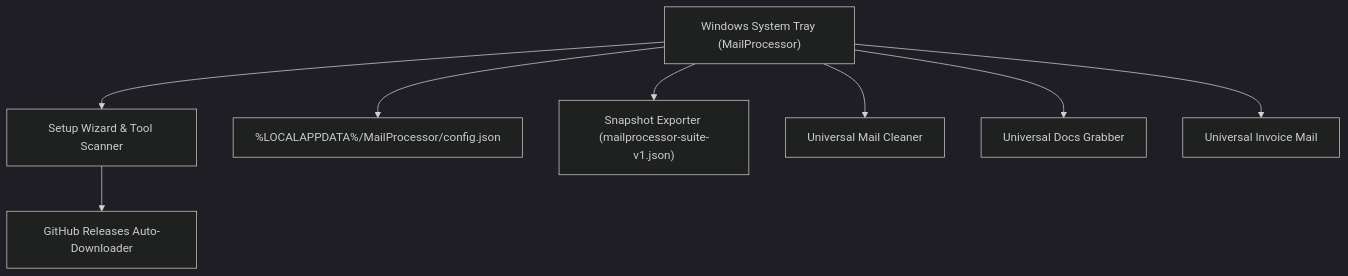
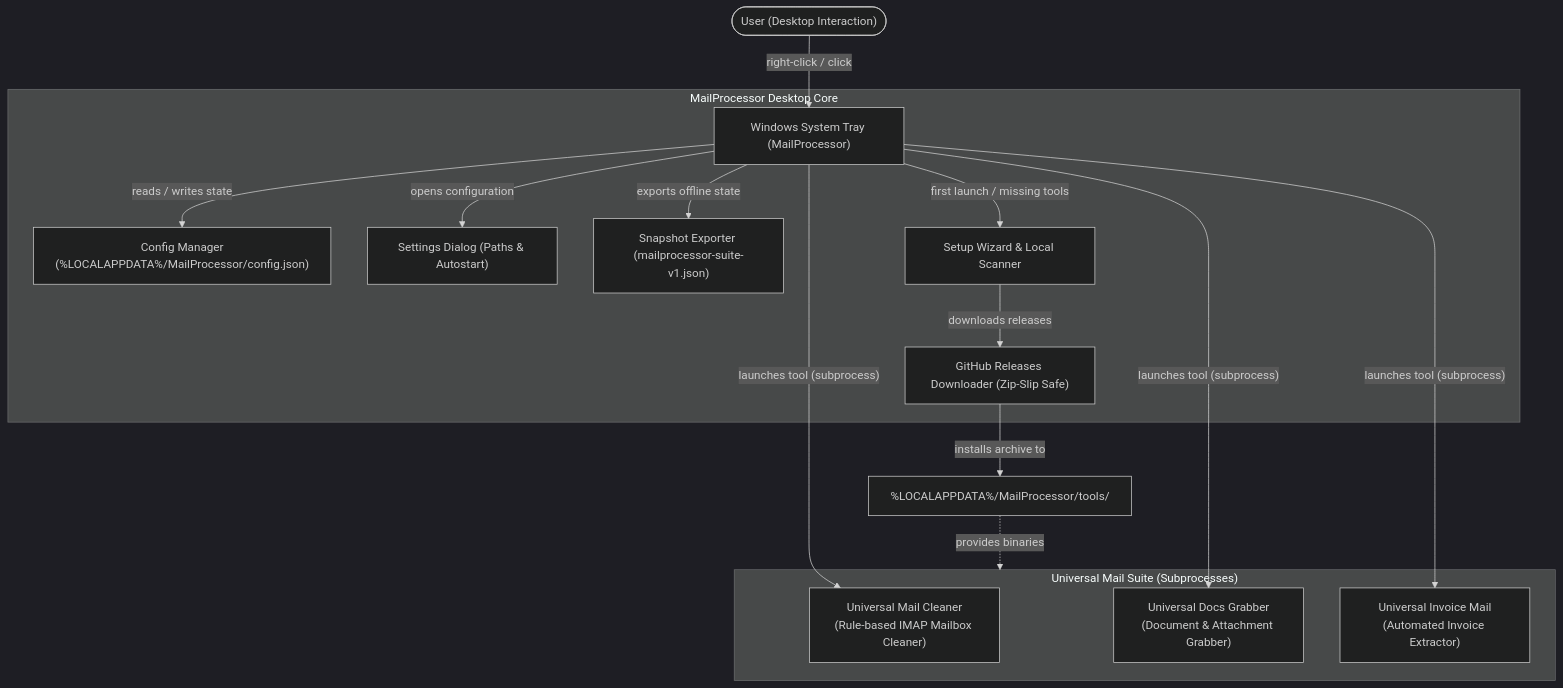
Before and after one commit to doc-bricks/MailProcessor: the first of 2 diagrams in README.md, drawn with Mermaid (dark theme). The commit also changed other lines of this file and 6 other files, not shown here.

Commit message:
docs(marketing): Pfad B bilingual README parity, dual Mermaid sequence & architecture diagrams, runtime invariants, and metadata contract tests

````diff
--- a/README.md
+++ b/README.md
@@ -45,10 +71,21 @@
 ```mermaid
-graph TD
-    Tray["Windows System Tray (MailProcessor)"] --> Wizard["Setup Wizard & Tool Scanner"]
-    Tray --> Config["%LOCALAPPDATA%/MailProcessor/config.json"]
-    Tray --> Snapshot["Snapshot Exporter (mailprocessor-suite-v1.json)"]
-    Tray --> Tool1["Universal Mail Cleaner"]
-    Tray --> Tool2["Universal Docs Grabber"]
-    Tray --> Tool3["Universal Invoice Mail"]
-    Wizard --> GitHub["GitHub Releases Auto-Downloader"]
+flowchart TD
+    User(["User (Desktop Interaction)"]) -->|"right-click / click"| Tray["Windows System Tray (MailProcessor)"]
+
+    subgraph Core ["MailProcessor Desktop Core"]
+        Tray -->|"reads / writes state"| Config["Config Manager<br/>(%LOCALAPPDATA%/MailProcessor/config.json)"]
+        Tray -->|"opens configuration"| SettingsDialog["Settings Dialog (Paths & Autostart)"]
+        Tray -->|"exports offline state"| Snapshot["Snapshot Exporter (mailprocessor-suite-v1.json)"]
+        Tray -->|"first launch / missing tools"| Wizard["Setup Wizard & Local Scanner"]
+        Wizard -->|"downloads releases"| Downloader["GitHub Releases Downloader (Zip-Slip Safe)"]
+    end
+
+    subgraph Tools ["Universal Mail Suite (Subprocesses)"]
+        Tray -->|"launches tool (subprocess)"| Tool1["Universal Mail Cleaner<br/>(Rule-based IMAP Mailbox Cleaner)"]
+        Tray -->|"launches tool (subprocess)"| Tool2["Universal Docs Grabber<br/>(Document & Attachment Grabber)"]
+        Tray -->|"launches tool (subprocess)"| Tool3["Universal Invoice Mail<br/>(Automated Invoice Extractor)"]
+    end
+
+    Downloader -->|"installs archive to"| LocalTools["%LOCALAPPDATA%/MailProcessor/tools/"]
+    LocalTools -.->|"provides binaries"| Tools
 ```
````
